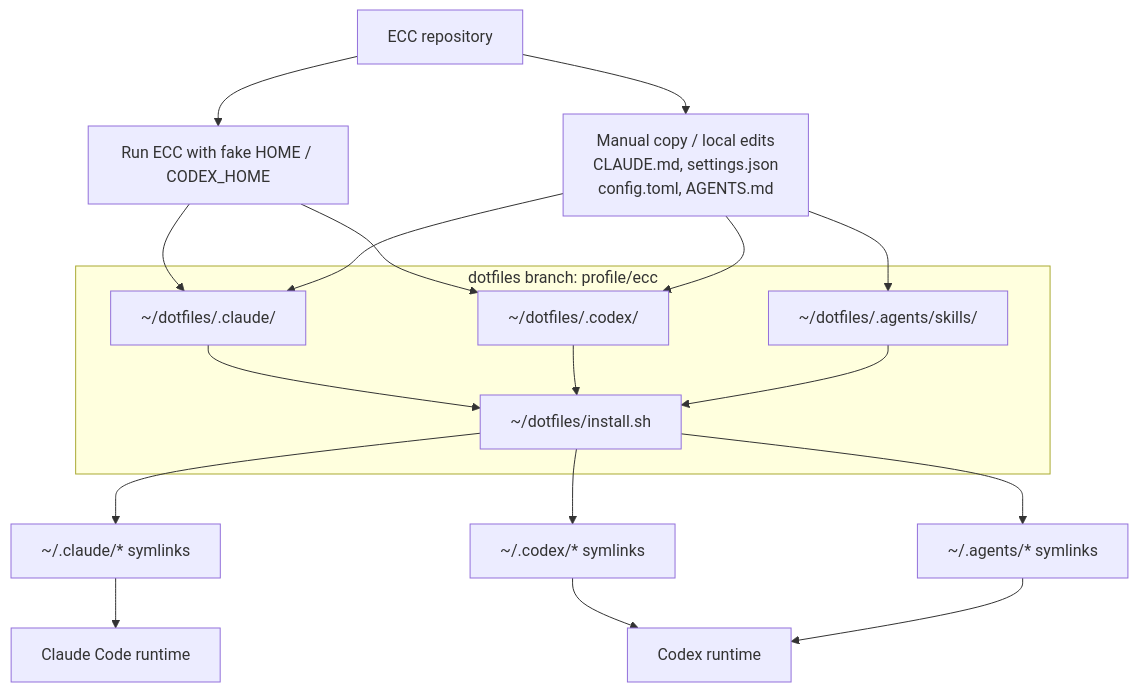
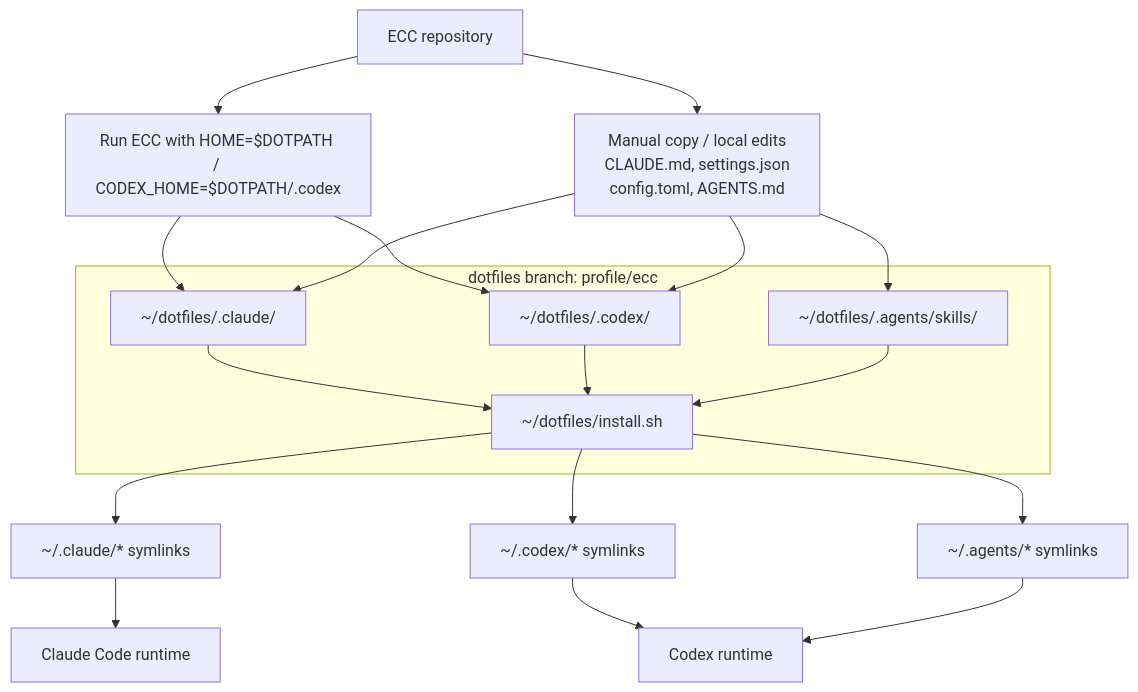
Before and after one commit to t-yokota/dotfiles: the sixth of 6 diagrams in docs/ecc-application-map.md, drawn with Mermaid. The commit also changed other lines of this file and 1 other file, not shown here.

First line of the commit message:
ECC: refine Codex sync install procedure

````diff
--- a/docs/ecc-application-map.md
+++ b/docs/ecc-application-map.md
@@ -172,32 +172,32 @@
 ```mermaid
 flowchart TD
   ECC["ECC repository"]
-  FakeHome["Run ECC with fake HOME / CODEX_HOME"]
+  DotfilesEnv["Run ECC with HOME=$DOTPATH / CODEX_HOME=$DOTPATH/.codex"]
   ManualFiles["Manual copy / local edits<br/>CLAUDE.md, settings.json<br/>config.toml, AGENTS.md"]
   HomeClaude["~/.claude/* symlinks"]
   HomeCodex["~/.codex/* symlinks"]
   HomeAgents["~/.agents/* symlinks"]
   ClaudeRuntime["Claude Code runtime"]
   CodexRuntime["Codex runtime"]
 
   subgraph Dotfiles["dotfiles branch: profile/ecc"]
     DotClaude["~/dotfiles/.claude/"]
     DotCodex["~/dotfiles/.codex/"]
     DotAgents["~/dotfiles/.agents/skills/"]
     DotInstall["~/dotfiles/install.sh"]
   end
 
-  ECC --> FakeHome
+  ECC --> DotfilesEnv
   ECC --> ManualFiles
-  FakeHome --> DotClaude
-  FakeHome --> DotCodex
+  DotfilesEnv --> DotClaude
+  DotfilesEnv --> DotCodex
   ManualFiles --> DotClaude
   ManualFiles --> DotCodex
   ManualFiles --> DotAgents
   DotClaude --> DotInstall
   DotCodex --> DotInstall
   DotAgents --> DotInstall
   DotInstall --> HomeClaude --> ClaudeRuntime
   DotInstall --> HomeCodex --> CodexRuntime
   DotInstall --> HomeAgents --> CodexRuntime
 ```
````
